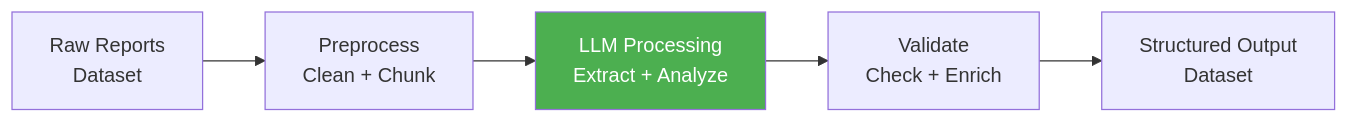
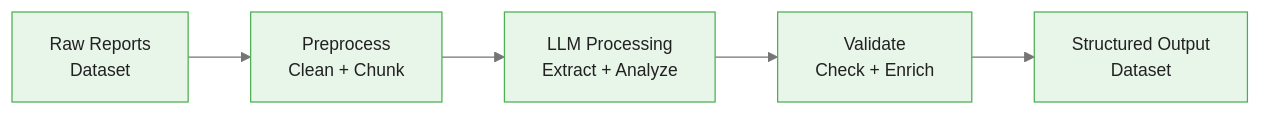
Before and after one commit to m-deane/course-creator: the first of 6 diagrams in courses/dataiku-genai/modules/module_03_custom/guides/03_pipeline_integration_slides.md, drawn with Mermaid. The commit also changed other lines of this file and 54 other files, not shown here.

````diff
--- a/courses/dataiku-genai/modules/module_03_custom/guides/03_pipeline_integration_slides.md
+++ b/courses/dataiku-genai/modules/module_03_custom/guides/03_pipeline_integration_slides.md
@@ -32,9 +33,8 @@
 ```mermaid
+%%{init: {"theme": "base", "themeVariables": {"primaryColor": "#e8f5e9", "primaryBorderColor": "#4caf50", "primaryTextColor": "#212121", "secondaryColor": "#e3f2fd", "tertiaryColor": "#fff8e1", "lineColor": "#757575", "fontFamily": "Inter, sans-serif", "fontSize": "14px"}}}%%
 flowchart LR
     RAW[Raw Reports<br/>Dataset] --> PRE[Preprocess<br/>Clean + Chunk]
     PRE --> LLM[LLM Processing<br/>Extract + Analyze]
     LLM --> VAL[Validate<br/>Check + Enrich]
     VAL --> OUT[Structured Output<br/>Dataset]
-
-    style LLM fill:#4CAF50,color:#fff
 ```
````
